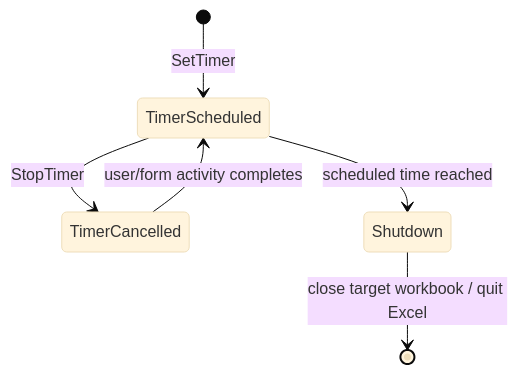
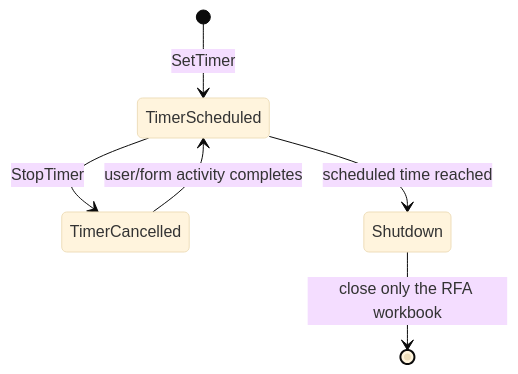
Before and after one commit to moonstarph23/Common-Script: the fourth of 5 diagrams in RFA/VBA_DOCUMENTATION.md, drawn with Mermaid (base theme). The commit also changed other lines of this file and 3 other files, not shown here.

Commit message:
Fix RFA ListViews and isolate workbook lifecycle

````diff
--- a/RFA/VBA_DOCUMENTATION.md
+++ b/RFA/VBA_DOCUMENTATION.md
@@ -149,8 +149,8 @@
 ```mermaid
 stateDiagram-v2
     [*] --> TimerScheduled: SetTimer
     TimerScheduled --> TimerCancelled: StopTimer
     TimerCancelled --> TimerScheduled: user/form activity completes
     TimerScheduled --> Shutdown: scheduled time reached
-    Shutdown --> [*]: close target workbook / quit Excel
+    Shutdown --> [*]: close only the RFA workbook
 ```
````
